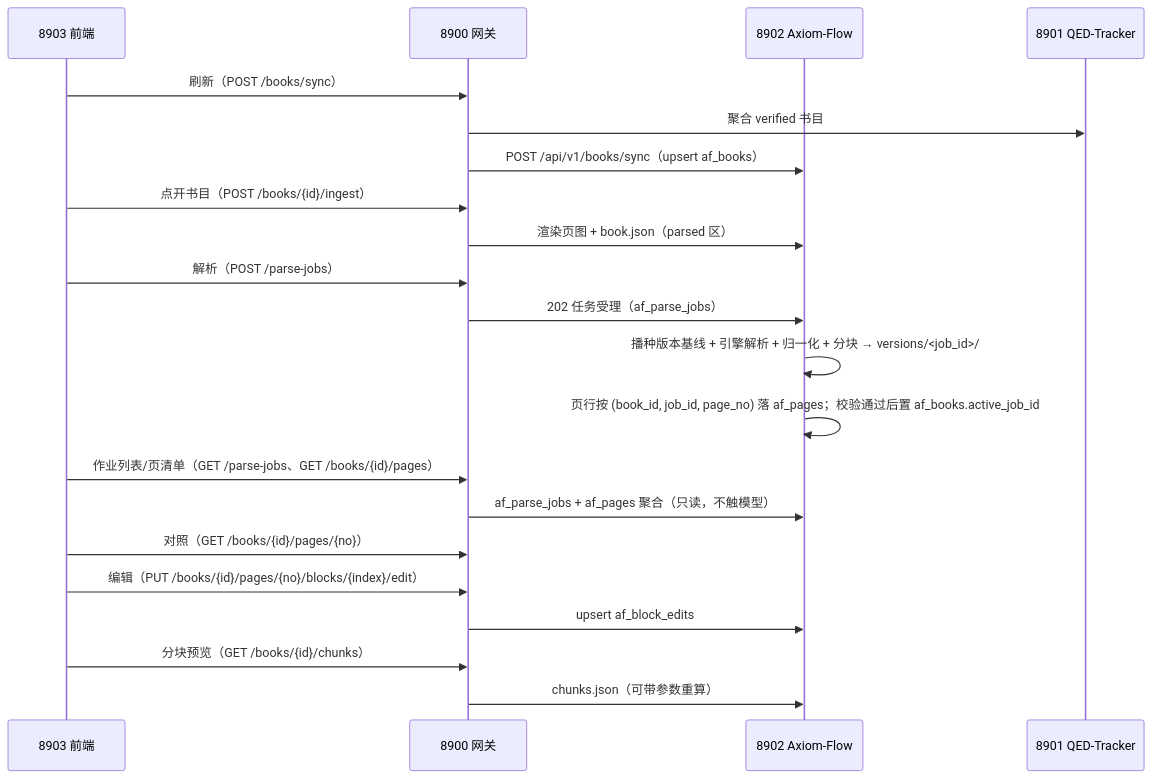
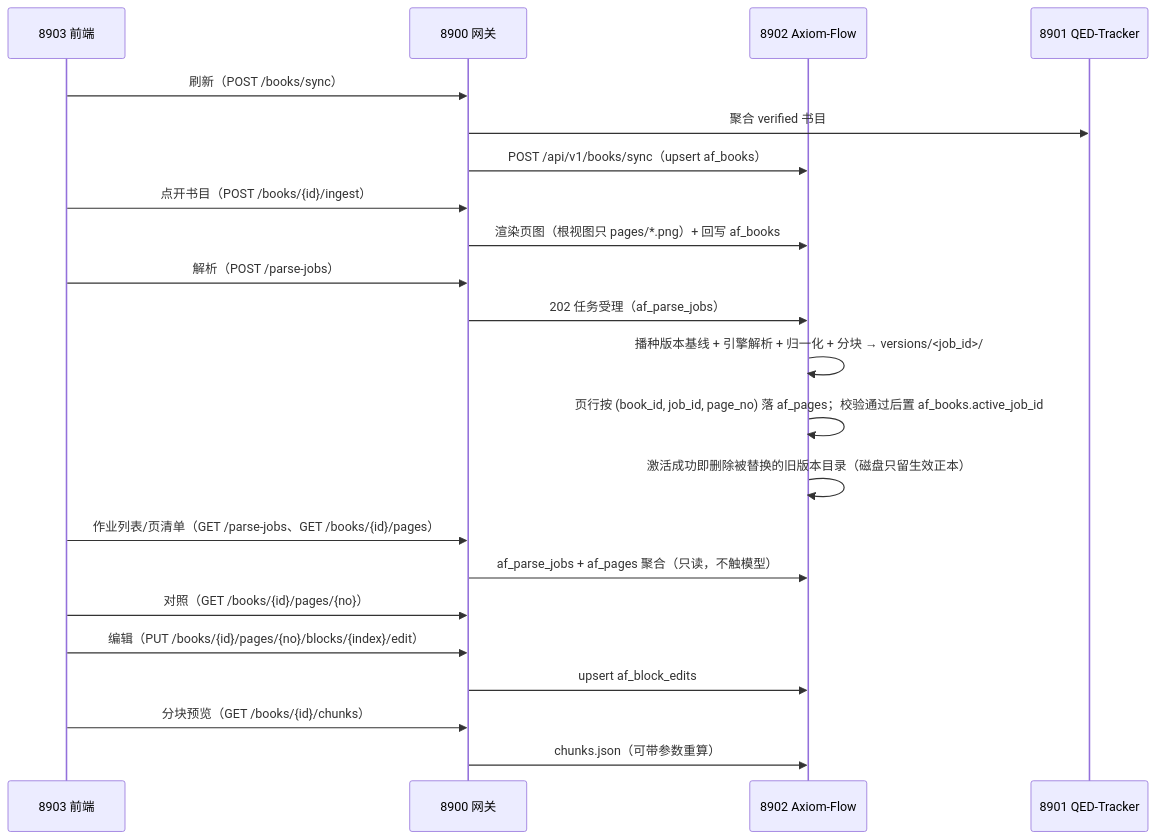
The diagram in docs/design/parsing-management.md (swfswf1234/Axiom-Flow), drawn with Mermaid before and after one commit. The commit also changed other lines of this file and 4 other files, not shown here.

First line of the commit message:
docs: PLAN-017 W5 设计/契约同步 + W6 回执正文入壳——根视图清理批收拢（真机项挂 W7）

````diff
--- a/docs/design/parsing-management.md
+++ b/docs/design/parsing-management.md
@@ -56,23 +56,24 @@
 ```mermaid
 sequenceDiagram
     participant FE as 8903 前端
     participant GW as 8900 网关
     participant AX as 8902 Axiom-Flow
     participant TR as 8901 QED-Tracker
     FE->>GW: 刷新（POST /books/sync）
     GW->>TR: 聚合 verified 书目
     GW->>AX: POST /api/v1/books/sync（upsert af_books）
     FE->>GW: 点开书目（POST /books/{id}/ingest）
-    GW->>AX: 渲染页图 + book.json（parsed 区）
+    GW->>AX: 渲染页图（根视图只 pages/*.png）+ 回写 af_books
     FE->>GW: 解析（POST /parse-jobs）
     GW->>AX: 202 任务受理（af_parse_jobs）
     AX->>AX: 播种版本基线 + 引擎解析 + 归一化 + 分块 → versions/<job_id>/
     AX->>AX: 页行按 (book_id, job_id, page_no) 落 af_pages；校验通过后置 af_books.active_job_id
+    AX->>AX: 激活成功即删除被替换的旧版本目录（磁盘只留生效正本）
     FE->>GW: 作业列表/页清单（GET /parse-jobs、GET /books/{id}/pages）
     GW->>AX: af_parse_jobs + af_pages 聚合（只读，不触模型）
     FE->>GW: 对照（GET /books/{id}/pages/{no}）
     FE->>GW: 编辑（PUT /books/{id}/pages/{no}/blocks/{index}/edit）
     GW->>AX: upsert af_block_edits
     FE->>GW: 分块预览（GET /books/{id}/chunks）
     GW->>AX: chunks.json（可带参数重算）
 ```
````
